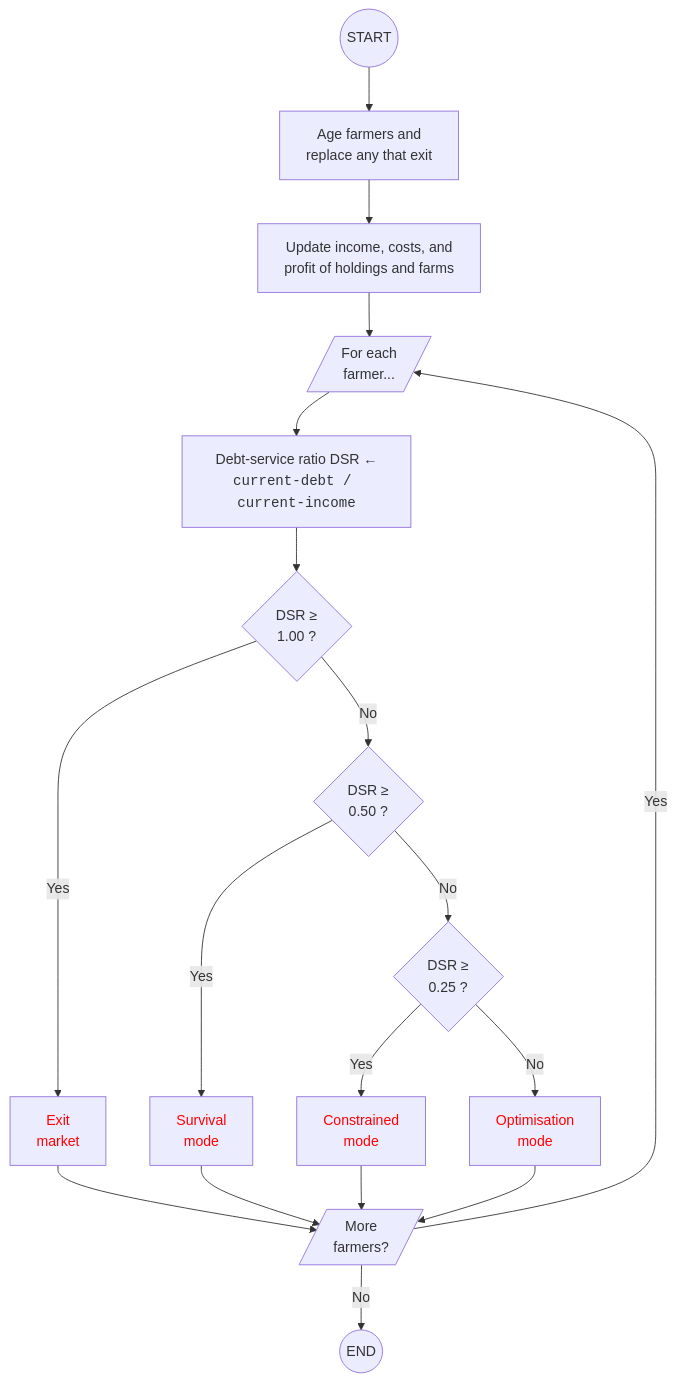
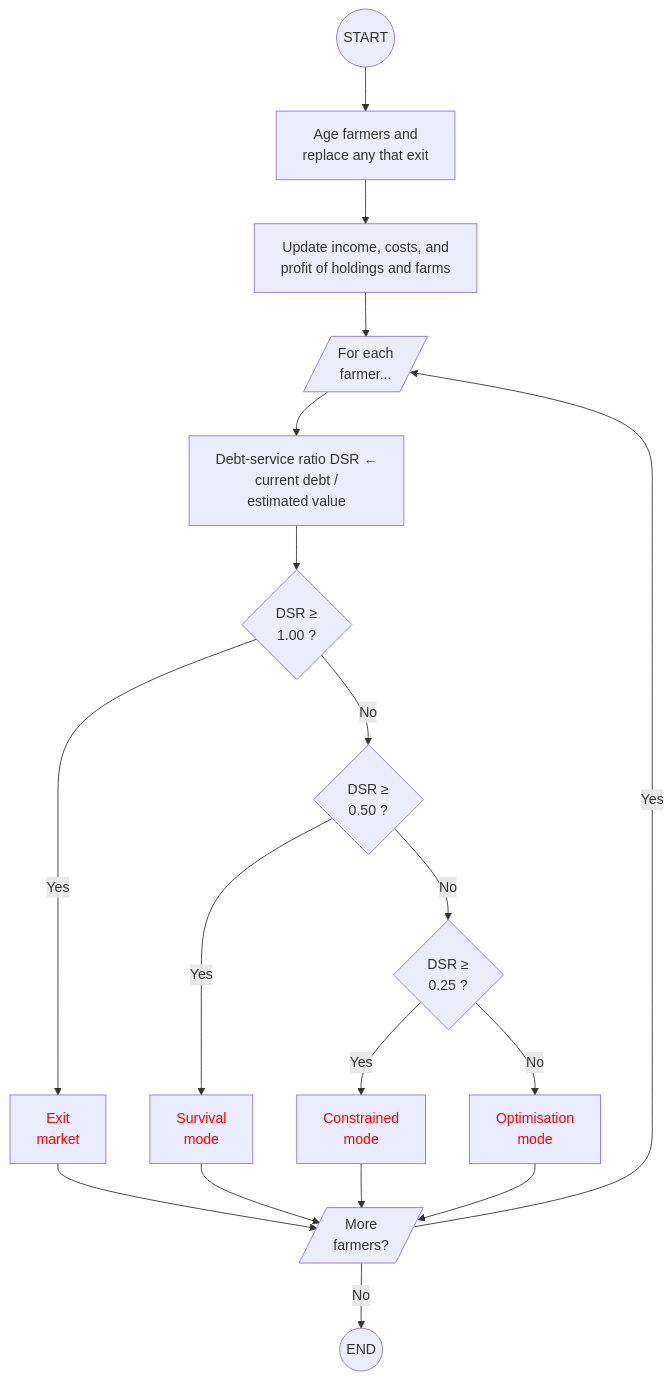
Before and after one commit to DOSull/moving-the-middle-abm: the diagram in model-description/documents/03a-farmer-decisions-general.qmd, drawn with Mermaid. The commit also changed other lines of this file and 49 other files, not shown here.

````diff
--- a/model-description/documents/03a-farmer-decisions-general.qmd
+++ b/model-description/documents/03a-farmer-decisions-general.qmd
@@ -29,35 +30,38 @@
 ```{mermaid}
 flowchart TB
   A((START))
   B[Age farmers and<br>replace any that exit]
   C[Update income, costs, and<br>profit of holdings and farms]
   E[/For each<br>farmer.../]
-  F[Debt-service ratio DSR &larr;<br><span style='font-family:monospace;'>current-debt / current-income</span>]
+  F[Debt-service ratio DSR &larr;<br>current debt / <br> estimated value]
   G1{DSR &geq;<br>1.00 ?}
   G2{DSR &geq;<br>0.50 ?}
   G3{DSR &geq;<br>0.25 ?}
   H1[<span style='color:red;'>Exit<br>market]
   H2[<span style='color:red;'>Survival<br>mode</span>]
   H3[<span style='color:red;'>Constrained<br>mode</span>]
   H4[<span style='color:red;'>Optimisation<br>mode</span>]
   N[/More<br>farmers?/]
   Z((END))
   A --> B
   B --> C
   C --> E
   E --> F
   F --> G1
   G1 -->|No| G2
   G1 -->|Yes| H1
   G2 -->|No| G3
   G2 -->|Yes| H2
   G3 -->|No| H4
   G3 -->|Yes| H3
   H1 --> N
   H2 --> N
   H3 --> N
   H4 --> N
   N -->|Yes| E
   N -->|No| Z
   click H1 "03b-exit-market-succession.html" "Click for details"
+  click H2 "03c-survival-mode.html" "Click for details"
+  click H3 "03d-constrained-mode.html" "Click for details"
+  click H4 "03e-optimisation-mode.html" "Click for details"
 ```
````
